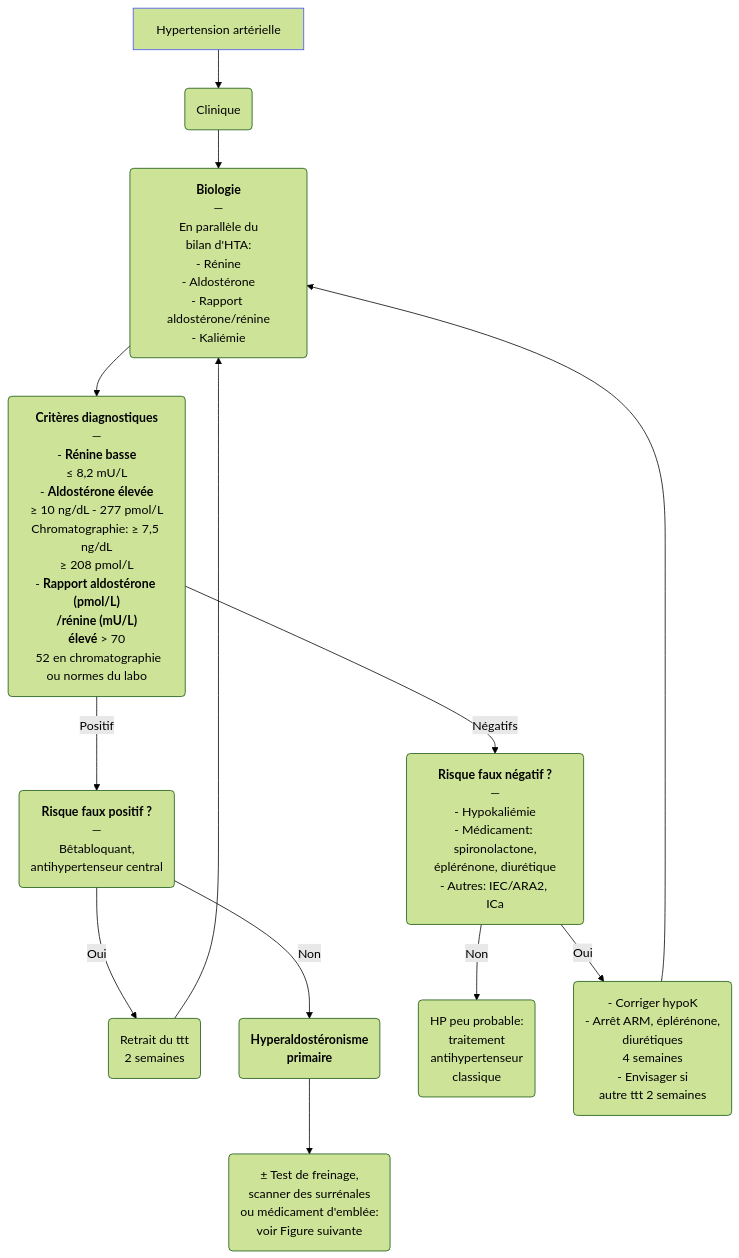
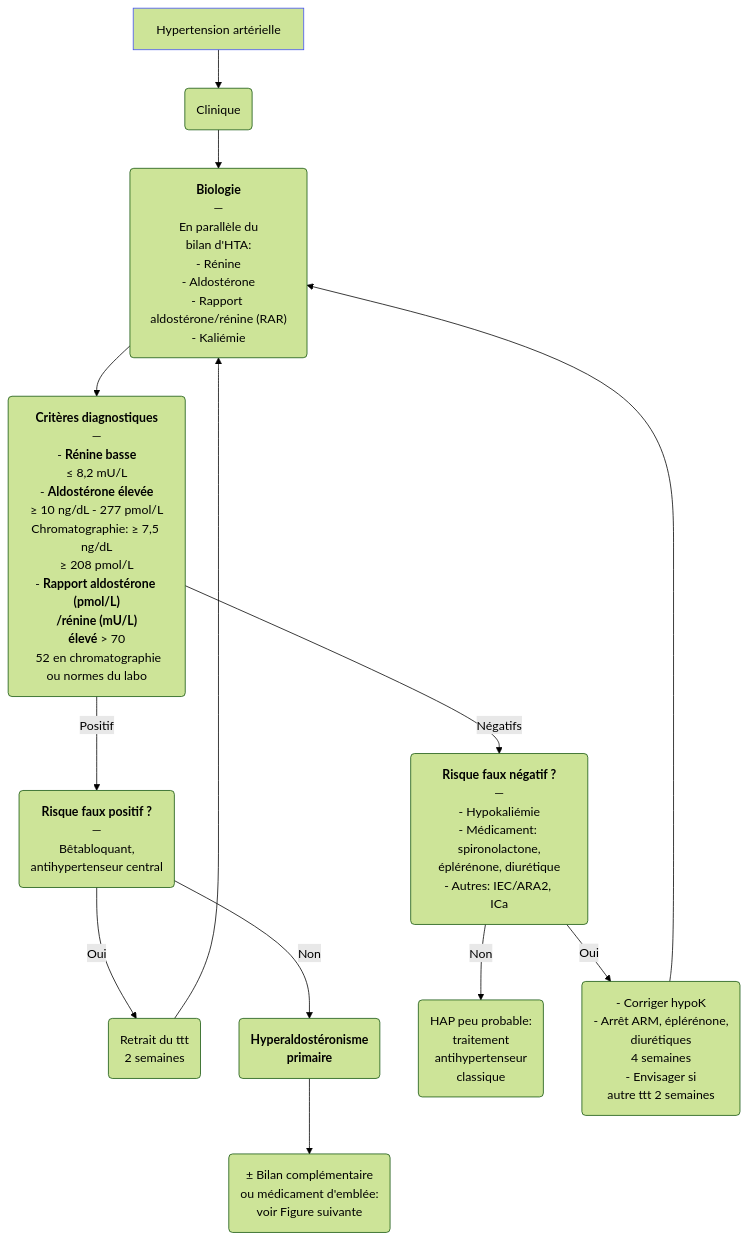
One commit to djibe/recommandations-medicales changed the first of 3 diagrams in content/recommandations/hyperaldosteronisme-primaire.md. Above: the diagram before and after it, drawn with Mermaid (forest theme). The commit also changed other lines of this file, not shown here.

```diff
--- a/content/recommandations/hyperaldosteronisme-primaire.md
+++ b/content/recommandations/hyperaldosteronisme-primaire.md
@@ -226,9 +212,9 @@
 {{< mermaid title="Dépistage de l'hyperaldostéronisme primaire chez le patient hypertendu. Dr JB Fron d'après ES 2025">}}
 graph TB
-  HTA[Hypertension artérielle] --> clinique(Clinique) --> biologie("<b>Biologie</b><br>—<br>En parallèle du<br>bilan d'HTA:<br>- Rénine<br>- Aldostérone<br>- Rapport aldostérone/rénine<br>- Kaliémie") --> critères("<b>Critères diagnostiques</b><br>—<br>- <b>Rénine basse</b><br>≤ 8,2 mU/L<br>- <b>Aldostérone élevée</b><br>≥ 10 ng/dL - 277 pmol/L<br>Chromatographie: ≥ 7,5 ng/dL<br>≥ 208 pmol/L<br>- <b>Rapport aldostérone (pmol/L)<br>/rénine (mU/L)<br>élevé</b> &gt; 70<br> 52 en chromatographie<br>ou normes du labo")
+  HTA[Hypertension artérielle] --> clinique(Clinique) --> biologie("<b>Biologie</b><br>—<br>En parallèle du<br>bilan d'HTA:<br>- Rénine<br>- Aldostérone<br>- Rapport aldostérone/rénine (RAR)<br>- Kaliémie") --> critères("<b>Critères diagnostiques</b><br>—<br>- <b>Rénine basse</b><br>≤ 8,2 mU/L<br>- <b>Aldostérone élevée</b><br>≥ 10 ng/dL - 277 pmol/L<br>Chromatographie: ≥ 7,5 ng/dL<br>≥ 208 pmol/L<br>- <b>Rapport aldostérone (pmol/L)<br>/rénine (mU/L)<br>élevé</b> &gt; 70<br> 52 en chromatographie<br>ou normes du labo")
   critères -- Positif --> positif("<b>Risque faux positif ?</b><br>—<br>Bêtabloquant,<br>antihypertenseur central") -- Oui --> retrait("Retrait du ttt<br>2 semaines") --> biologie
-    positif -- Non --> diagnostic("<b>Hyperaldostéronisme<br>primaire</b>") --> traitement("± Test de freinage,<br> scanner des surrénales<br> ou médicament d'emblée:<br>voir Figure suivante")
-  critères -- Négatifs --> négatif("<b>Risque faux négatif ?</b><br>—<br>- Hypokaliémie<br>- Médicament: spironolactone,<br>éplérénone, diurétique<br>- Autres: IEC/ARA2, <br>ICa") -- Non --> classique("HP peu probable:<br>traitement<br>antihypertenseur<br>classique")
+    positif -- Non --> diagnostic("<b>Hyperaldostéronisme<br>primaire</b>") --> traitement("± Bilan complémentaire<br> ou médicament d'emblée:<br>voir Figure suivante")
+  critères -- Négatifs --> négatif("<b>Risque faux négatif ?</b><br>—<br>- Hypokaliémie<br>- Médicament: spironolactone,<br>éplérénone, diurétique<br>- Autres: IEC/ARA2, <br>ICa") -- Non --> classique("HAP peu probable:<br>traitement<br>antihypertenseur<br>classique")
     négatif -- Oui --> négatif2("- Corriger hypoK<br>- Arrêt ARM, éplérénone,<br>diurétiques<br>4 semaines<br>- Envisager si<br>autre ttt 2 semaines") --> biologie
 style HTA stroke:#4150f5, stroke-width:1px
 {{< /mermaid >}}
```
